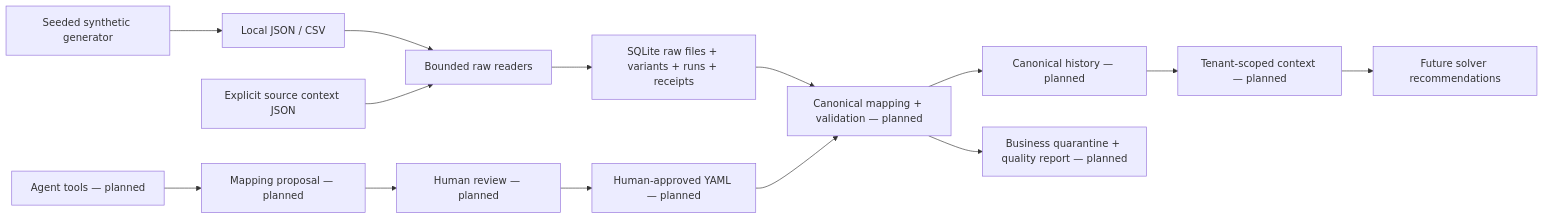
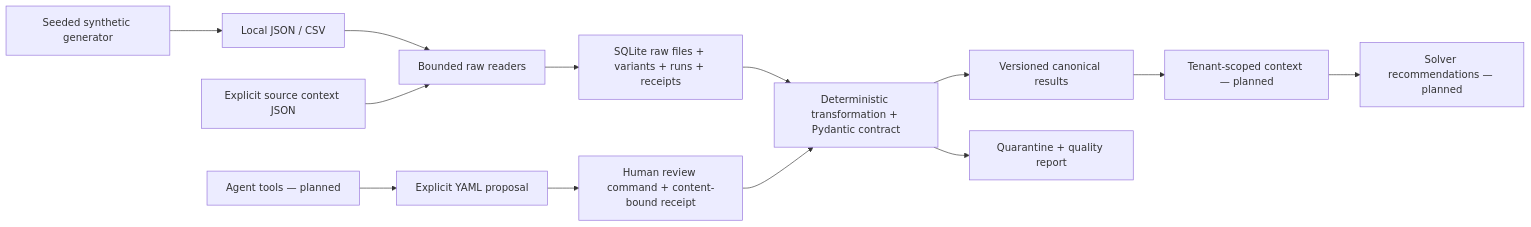
Before and after one commit to bdplazo/hla-surgical-intelligence: the diagram in docs/ARCHITECTURE.md, drawn with Mermaid. The commit also changed other lines of this file and 32 other files, not shown here.

First line of the commit message:
feat: Implement versioned canonical validation and mapping review

````diff
--- a/docs/ARCHITECTURE.md
+++ b/docs/ARCHITECTURE.md
@@ -5,16 +3,15 @@
 ```mermaid
 flowchart LR
     G[Seeded synthetic generator] --> S[Local JSON / CSV]
     S --> R[Bounded raw readers]
     M[Explicit source context JSON] --> R
     R --> D[SQLite raw files + variants + runs + receipts]
-    D --> V[Canonical mapping + validation — planned]
-    Y[Human-approved YAML — planned] --> V
-    V --> H[Canonical history — planned]
-    V --> Q[Business quarantine + quality report — planned]
+    D --> V[Deterministic transformation + Pydantic contract]
+    Y[Explicit YAML proposal] --> U[Human review command + content-bound receipt]
+    U --> V
+    V --> H[Versioned canonical results]
+    V --> Q[Quarantine + quality report]
     H --> C[Tenant-scoped context — planned]
-    A[Agent tools — planned] --> P[Mapping proposal — planned]
-    P --> U[Human review — planned]
-    U --> Y
-    C --> O[Future solver recommendations]
+    A[Agent tools — planned] --> Y
+    C --> O[Solver recommendations — planned]
 ```
````
